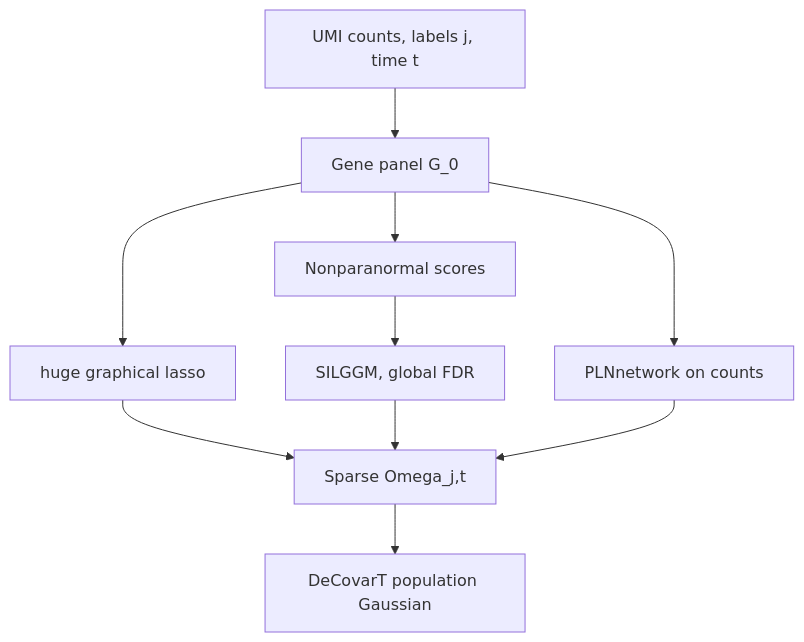
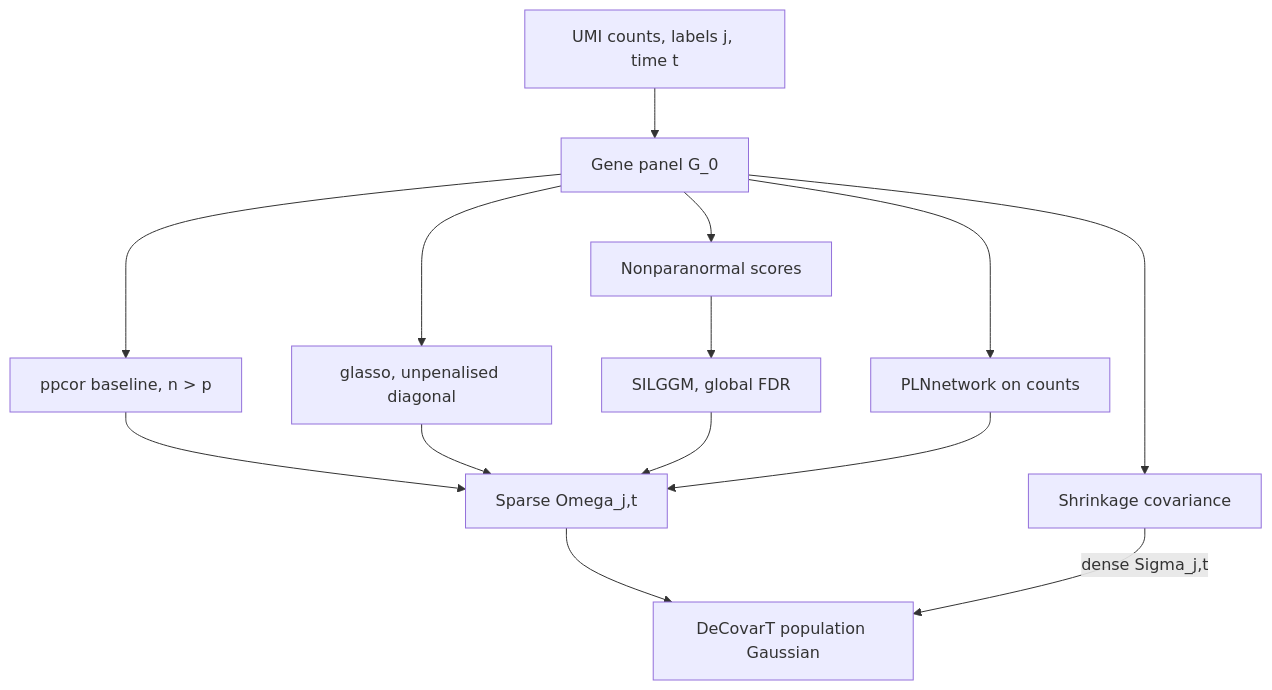
Before and after one commit to bastienchassagnol/DeCovarT_reproducibility: the first of 6 diagrams in docs/02-grn-graphical-lasso.qmd, drawn with Mermaid. The commit also changed other lines of this file and 7 other files, not shown here.

````diff
--- a/docs/02-grn-graphical-lasso.qmd
+++ b/docs/02-grn-graphical-lasso.qmd
@@ -75,16 +80,20 @@
 ```{mermaid}
 %%| echo: false
 %%| label: fig-grn-core
-%%| fig-cap: "Three core precision estimators. huge and SILGGM see a Gaussian table; only SILGGM is preceded by a nonparanormal map. PLNnetwork sees raw counts. GmGM and fused or low-rank models are perspectives."
+%%| fig-cap: "Five strategies. The ppcor baseline, the graphical lasso and the shrinkage covariance see a Gaussian table; only SILGGM is preceded by a nonparanormal map. PLNnetwork sees raw counts. The shrinkage covariance is dense and goes to DeCovarT without a graph. GmGM and fused or low-rank models are perspectives."
 %%{init: {"theme": "sandstone"}}%%
 flowchart TD
   A["UMI counts, labels j, time t"] --> B["Gene panel G_0"]
-  B --> H["huge graphical lasso"]
+  B --> Q["ppcor baseline, n > p"]
+  B --> H["glasso, unpenalised diagonal"]
   B --> N["Nonparanormal scores"]
   N --> S["SILGGM, global FDR"]
   B --> P["PLNnetwork on counts"]
-  H --> F["Sparse Omega_j,t"]
+  B --> K["Shrinkage covariance"]
+  Q --> F["Sparse Omega_j,t"]
+  H --> F
   S --> F
   P --> F
   F --> D["DeCovarT population Gaussian"]
+  K -->|"dense Sigma_j,t"| D
 ```
````
